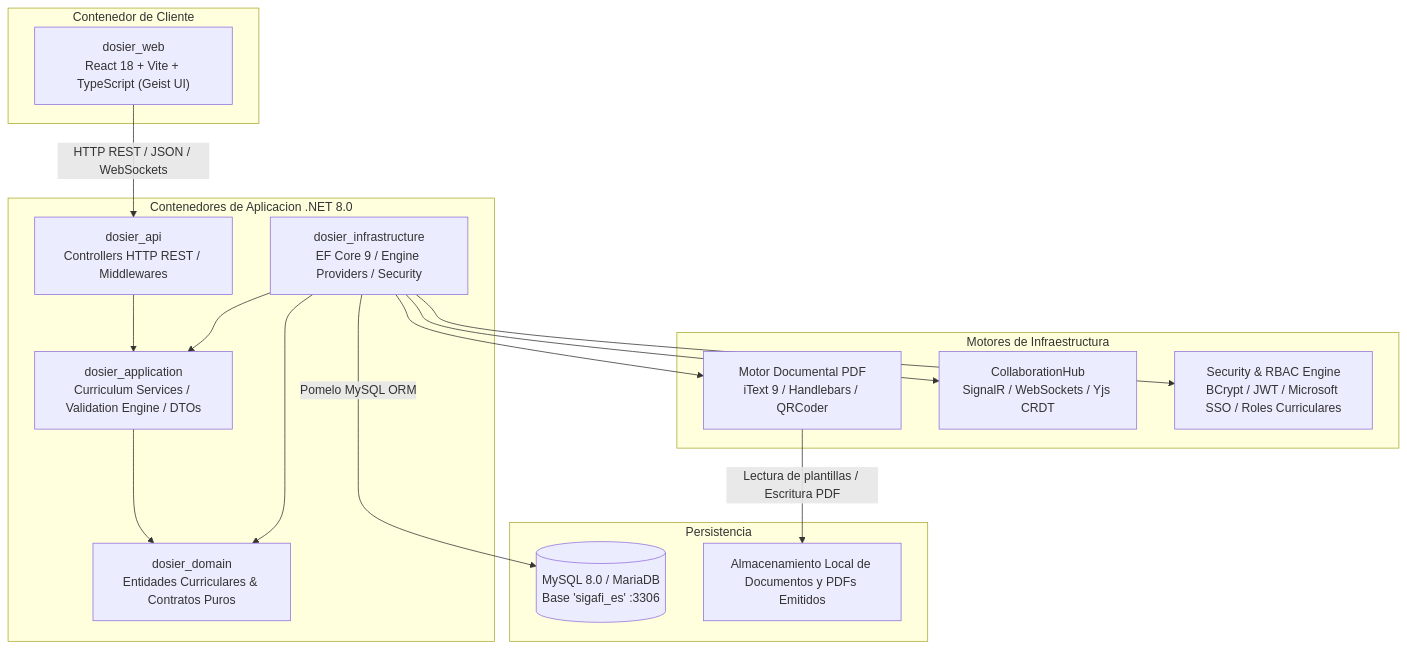
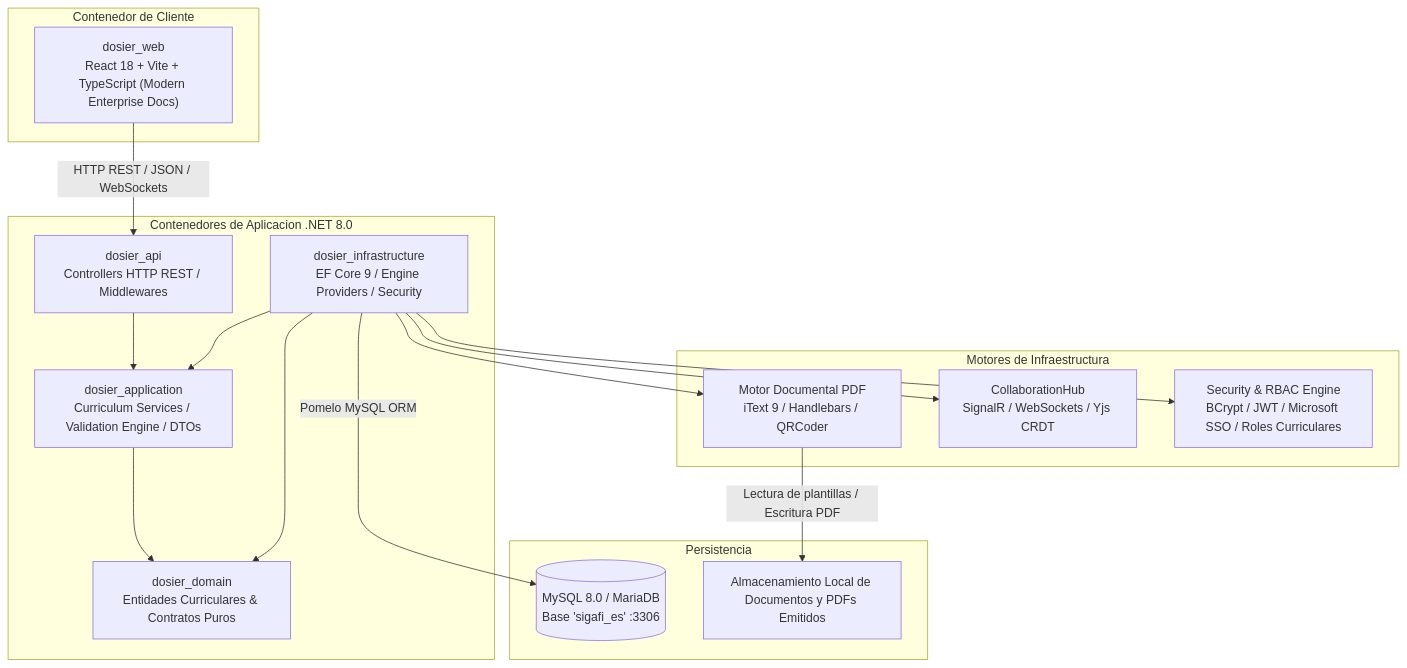
The third of 3 diagrams in docs/documentacion/01-arquitectura/01-macro-arquitectura-clean-arch.md (JorgeDoicela/dosier), drawn with Mermaid before and after one commit. The commit also changed other lines of this file and 47 other files, not shown here.

Commit message:
style: Modern Enterprise Docs v4

````diff
--- a/docs/documentacion/01-arquitectura/01-macro-arquitectura-clean-arch.md
+++ b/docs/documentacion/01-arquitectura/01-macro-arquitectura-clean-arch.md
@@ -91,38 +91,38 @@
 ```mermaid
 graph TB
     subgraph Clients [Contenedor de Cliente]
-        WebClient["dosier_web\nReact 18 + Vite + TypeScript (Geist UI)"]
+        WebClient["dosier_web\nReact 18 + Vite + TypeScript (Modern Enterprise Docs)"]
     end
 
     subgraph BackendServices [Contenedores de Aplicacion .NET 8.0]
         APIContainer["dosier_api\nControllers HTTP REST / Middlewares"]
         AppContainer["dosier_application\nCurriculum Services / Validation Engine / DTOs"]
         DomainContainer["dosier_domain\nEntidades Curriculares & Contratos Puros"]
         InfraContainer["dosier_infrastructure\nEF Core 9 / Engine Providers / Security"]
     end
 
     subgraph SpecializedEngines [Motores de Infraestructura]
         DocEngine["Motor Documental PDF\niText 9 / Handlebars / QRCoder"]
         CoWorkHub["CollaborationHub\nSignalR / WebSockets / Yjs CRDT"]
         SecurityEngine["Security & RBAC Engine\nBCrypt / JWT / Microsoft SSO / Roles Curriculares"]
     end
 
     subgraph DataStorage [Persistencia]
         DB[(MySQL 8.0 / MariaDB\nBase 'sigafi_es' :3306)]
         FileStore["Almacenamiento Local de Documentos y PDFs Emitidos"]
     end
 
     WebClient -->|HTTP REST / JSON / WebSockets| APIContainer
 
     APIContainer --> AppContainer
     AppContainer --> DomainContainer
     InfraContainer --> DomainContainer
     InfraContainer --> AppContainer
 
     InfraContainer --> DocEngine
     InfraContainer --> CoWorkHub
     InfraContainer --> SecurityEngine
 
     InfraContainer -->|Pomelo MySQL ORM| DB
     DocEngine -->|Lectura de plantillas / Escritura PDF| FileStore
 ```
````
